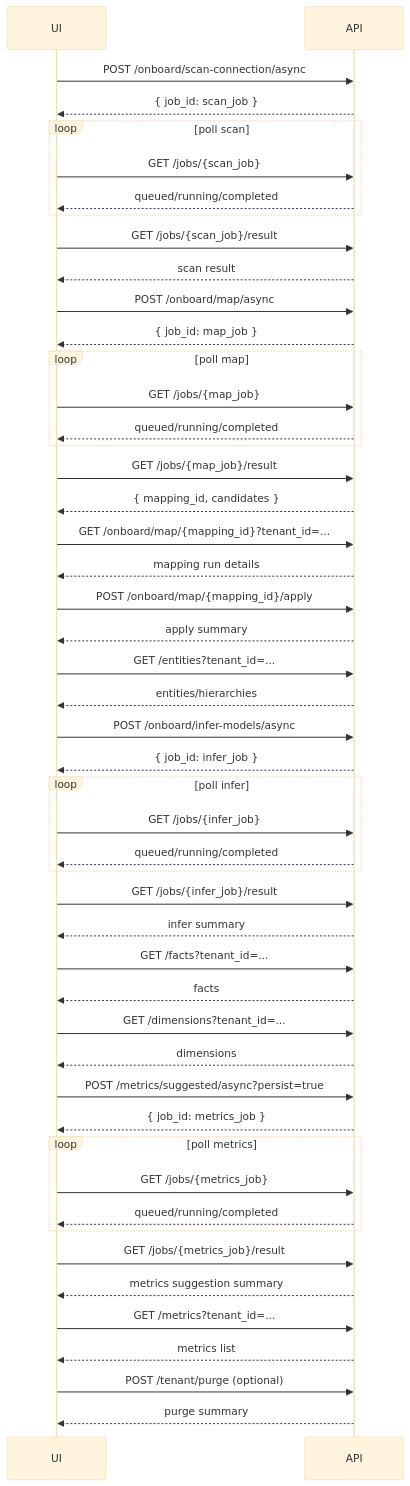
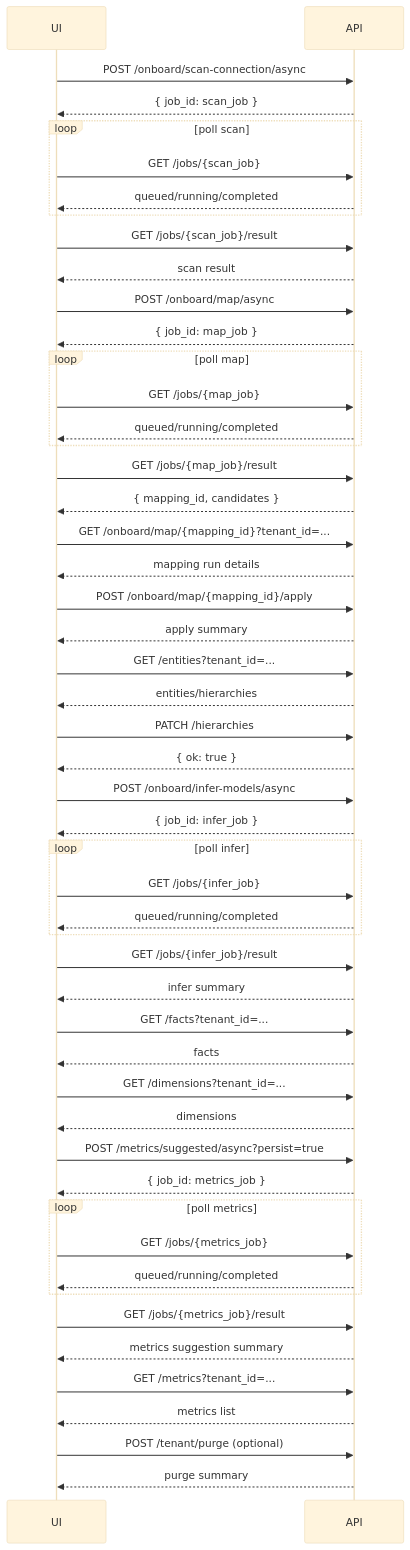
Before and after one commit to cvarma2311/quantyx-core: the diagram in docs/UI_Onboarding_API_Flows.md, drawn with Mermaid (base theme). The commit also changed 11 other files, not shown here.

````diff
--- a/docs/UI_Onboarding_API_Flows.md
+++ b/docs/UI_Onboarding_API_Flows.md
@@ -119,55 +119,57 @@
 ```mermaid
 sequenceDiagram
     participant UI
     participant API
 
     UI->>API: POST /onboard/scan-connection/async
     API-->>UI: { job_id: scan_job }
     loop poll scan
         UI->>API: GET /jobs/{scan_job}
         API-->>UI: queued/running/completed
     end
     UI->>API: GET /jobs/{scan_job}/result
     API-->>UI: scan result
 
     UI->>API: POST /onboard/map/async
     API-->>UI: { job_id: map_job }
     loop poll map
         UI->>API: GET /jobs/{map_job}
         API-->>UI: queued/running/completed
     end
     UI->>API: GET /jobs/{map_job}/result
     API-->>UI: { mapping_id, candidates }
     UI->>API: GET /onboard/map/{mapping_id}?tenant_id=...
     API-->>UI: mapping run details
     UI->>API: POST /onboard/map/{mapping_id}/apply
     API-->>UI: apply summary
     UI->>API: GET /entities?tenant_id=...
     API-->>UI: entities/hierarchies
+    UI->>API: PATCH /hierarchies
+    API-->>UI: { ok: true }
 
     UI->>API: POST /onboard/infer-models/async
     API-->>UI: { job_id: infer_job }
     loop poll infer
         UI->>API: GET /jobs/{infer_job}
         API-->>UI: queued/running/completed
     end
     UI->>API: GET /jobs/{infer_job}/result
     API-->>UI: infer summary
     UI->>API: GET /facts?tenant_id=...
     API-->>UI: facts
     UI->>API: GET /dimensions?tenant_id=...
     API-->>UI: dimensions
 
     UI->>API: POST /metrics/suggested/async?persist=true
     API-->>UI: { job_id: metrics_job }
     loop poll metrics
         UI->>API: GET /jobs/{metrics_job}
         API-->>UI: queued/running/completed
     end
     UI->>API: GET /jobs/{metrics_job}/result
     API-->>UI: metrics suggestion summary
     UI->>API: GET /metrics?tenant_id=...
     API-->>UI: metrics list
     UI->>API: POST /tenant/purge (optional)
     API-->>UI: purge summary
 ```
````
